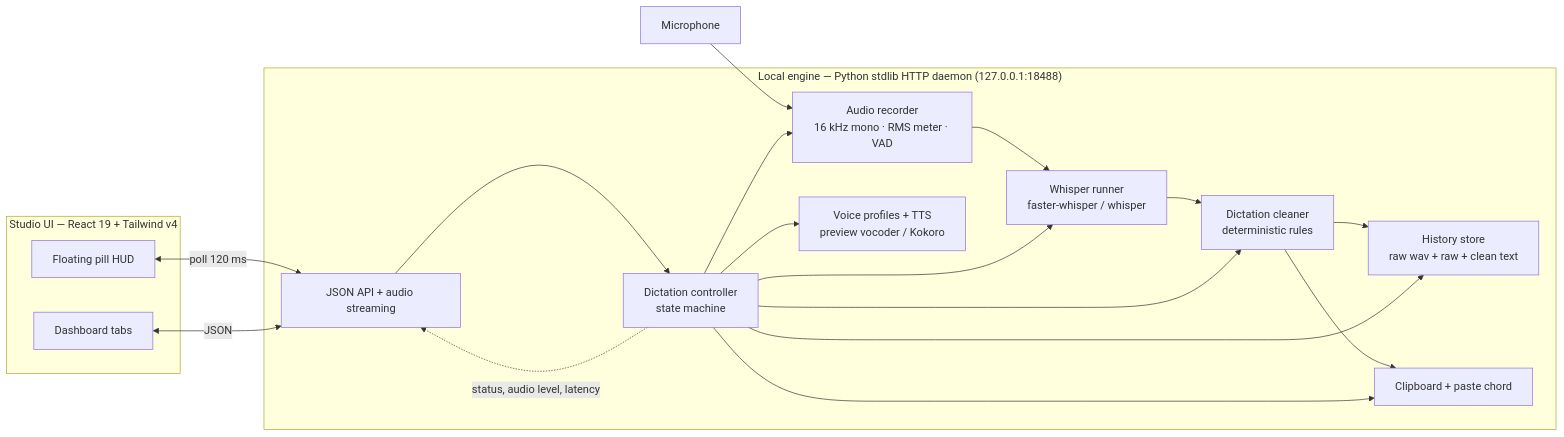
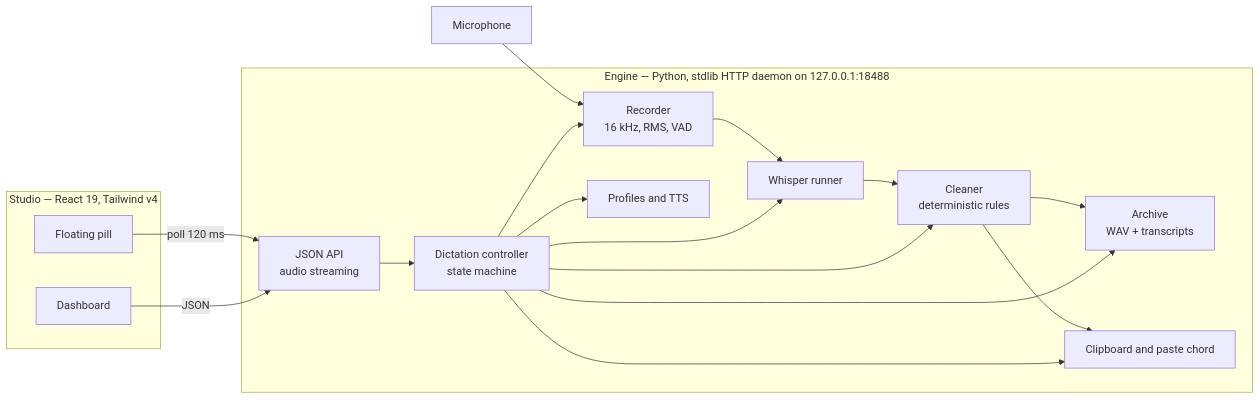
Before and after one commit to yashjaiswal2818/openflow: the first of 2 diagrams in README.md, drawn with Mermaid. The commit also changed other lines of this file and 21 other files, not shown here.

````diff
--- a/README.md
+++ b/README.md
@@ -121,32 +76,31 @@
 ```mermaid
 flowchart LR
-    subgraph Studio["Studio UI — React 19 + Tailwind v4"]
-        HUD["Floating pill HUD"]
-        DASH["Dashboard tabs"]
+    subgraph UI["Studio — React 19, Tailwind v4"]
+        HUD["Floating pill"]
+        TABS["Dashboard"]
     end
 
-    subgraph Engine["Local engine — Python stdlib HTTP daemon (127.0.0.1:18488)"]
-        API["JSON API + audio streaming"]
+    subgraph ENGINE["Engine — Python, stdlib HTTP daemon on 127.0.0.1:18488"]
+        API["JSON API<br/>audio streaming"]
         CTRL["Dictation controller<br/>state machine"]
-        REC["Audio recorder<br/>16 kHz mono · RMS meter · VAD"]
-        STT["Whisper runner<br/>faster-whisper / whisper"]
-        CLN["Dictation cleaner<br/>deterministic rules"]
-        HIST["History store<br/>raw wav + raw + clean text"]
-        PASTE["Clipboard + paste chord"]
-        VOICE["Voice profiles + TTS<br/>preview vocoder / Kokoro"]
+        REC["Recorder<br/>16 kHz, RMS, VAD"]
+        STT["Whisper runner"]
+        CLN["Cleaner<br/>deterministic rules"]
+        HIST["Archive<br/>WAV + transcripts"]
+        PASTE["Clipboard and paste chord"]
+        VOICE["Profiles and TTS"]
     end
 
     MIC["Microphone"] --> REC
     REC --> STT --> CLN --> PASTE
     CLN --> HIST
     API --> CTRL
     CTRL --> REC
     CTRL --> STT
     CTRL --> CLN
     CTRL --> HIST
     CTRL --> PASTE
     CTRL --> VOICE
-    HUD <-->|poll 120 ms| API
-    DASH <-->|JSON| API
-    CTRL -. "status, audio level, latency" .-> API
+    HUD -->|poll 120 ms| API
+    TABS -->|JSON| API
 ```
````
